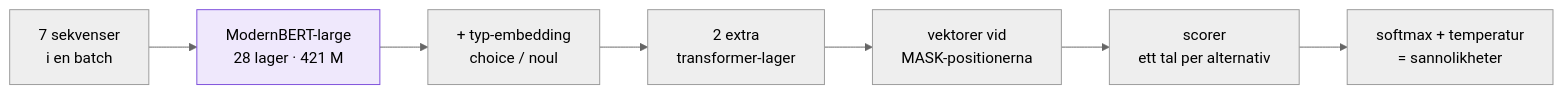
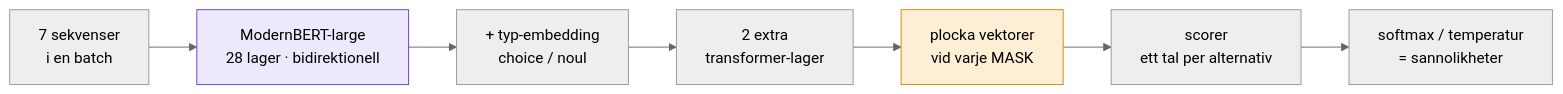
The second of 4 diagrams in presentation/slides.md (morre95/Laya-GuardRails-Harness), drawn with Mermaid (neutral theme) before and after one commit. The commit also changed other lines of this file and 24 other files, not shown here.

````diff
--- a/presentation/slides.md
+++ b/presentation/slides.md
@@ -244,10 +384,11 @@
 ```mermaid {scale: 0.6}
 flowchart LR
-  S[7 sekvenser<br/>i en batch] --> EN[ModernBERT-large<br/>28 lager · 421 M]
+  S[7 sekvenser<br/>i en batch] --> EN[ModernBERT-large<br/>28 lager · bidirektionell]
   EN --> TE[+ typ-embedding<br/>choice / noul]
   TE --> HL[2 extra<br/>transformer-lager]
-  HL --> G[vektorer vid<br/>MASK-positionerna]
+  HL --> G[plocka vektorer<br/>vid varje MASK]
   G --> SC[scorer<br/>ett tal per alternativ]
-  SC --> SM[softmax + temperatur<br/>= sannolikheter]
-  style EN fill:#efe8fc,stroke:#7c4ddb
+  SC --> SM[softmax / temperatur<br/>= sannolikheter]
+  style EN fill:#eee8fc,stroke:#6d3fd6
+  style G fill:#fcefd6,stroke:#d48a0a
 ```
````
